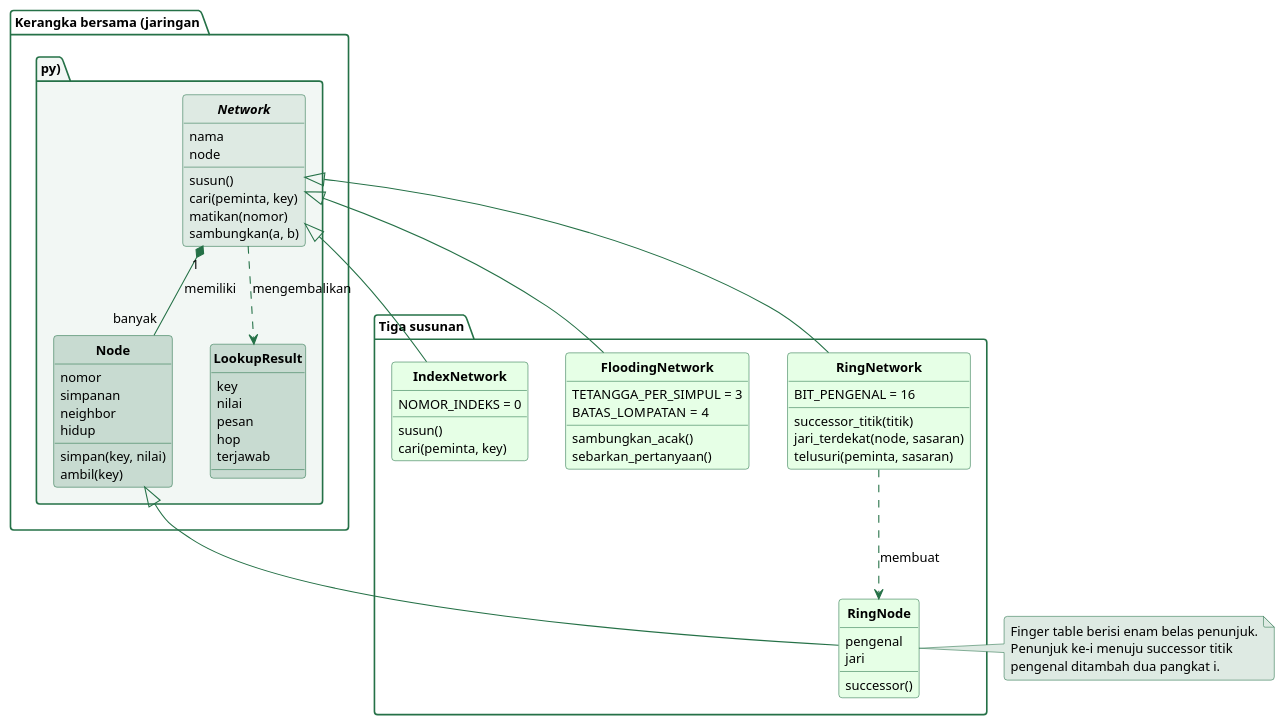
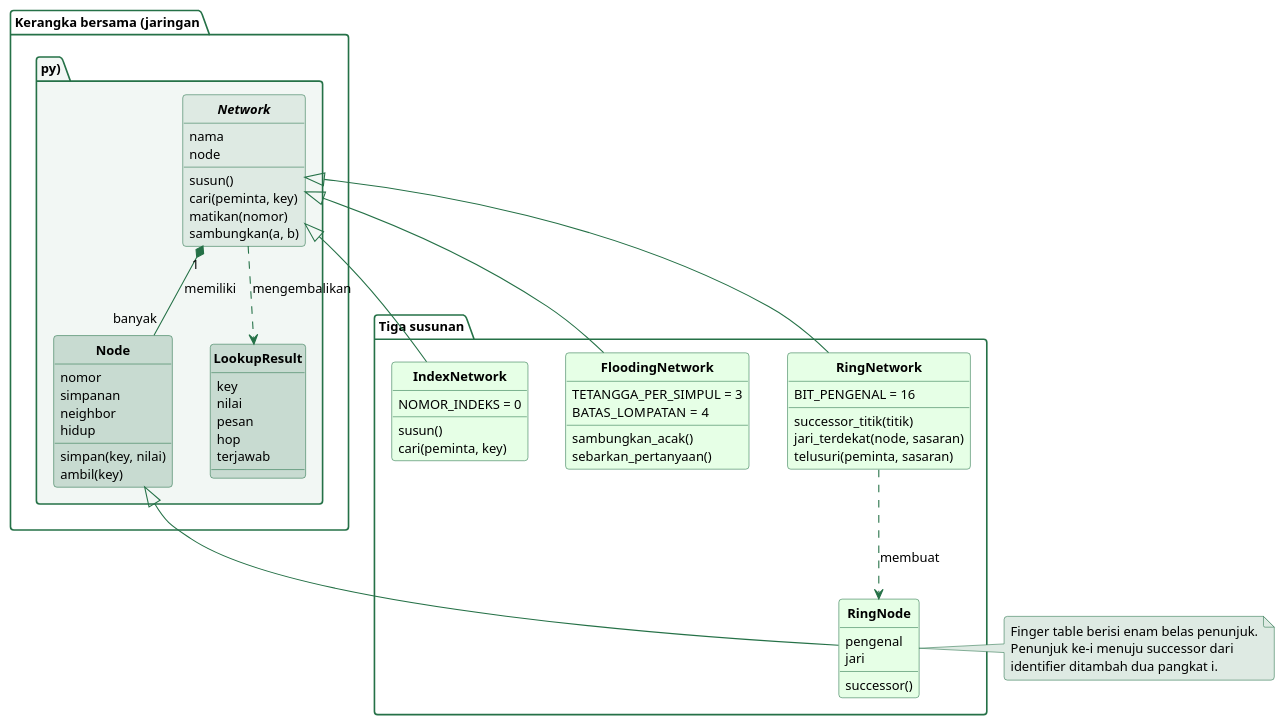
Before and after one commit to alfa-yohannis/software-architecture: the diagram in sources/chapter07/diagram/kelas-p2p.puml, drawn with PlantUML. The commit also changed other lines of this file and 18 other files, not shown here.

```diff
--- a/sources/chapter07/diagram/kelas-p2p.puml
+++ b/sources/chapter07/diagram/kelas-p2p.puml
@@ -12,100 +12,100 @@
 @startuml
 skinparam backgroundColor transparent
 skinparam defaultFontName Titillium Web
 skinparam defaultFontSize 13
 skinparam shadowing false
 skinparam roundCorner 6
 skinparam classAttributeIconSize 0
 skinparam classFontStyle bold
 skinparam ArrowColor #257147
 skinparam ArrowFontSize 12
 skinparam class {
   BorderColor #257147
   BackgroundColor #EBEBFF
   FontColor black
   AttributeFontSize 12
   StereotypeFontSize 11
 }
 skinparam package {
   BorderColor #257147
   BackgroundColor transparent
   FontColor black
   FontSize 12
 }
 skinparam note {
   BackgroundColor #DEEAE3
   BorderColor #257147
   FontSize 12
 }
 hide circle
 
 package "Kerangka bersama (jaringan.py)" #F2F7F4 {
   abstract class Network #DEEAE3 {
     nama
     node
     susun()
     cari(peminta, key)
     matikan(nomor)
     sambungkan(a, b)
   }
 
   class Node #C8DBD1 {
     nomor
     simpanan
     neighbor
     hidup
     simpan(key, nilai)
     ambil(key)
   }
 
   class LookupResult #C8DBD1 {
     key
     nilai
     pesan
     hop
     terjawab
   }
 }
 
 package "Tiga susunan" {
   class IndexNetwork #E6FFE6 {
     NOMOR_INDEKS = 0
     susun()
     cari(peminta, key)
   }
 
   class FloodingNetwork #E6FFE6 {
     TETANGGA_PER_SIMPUL = 3
     BATAS_LOMPATAN = 4
     sambungkan_acak()
     sebarkan_pertanyaan()
   }
 
   class RingNetwork #E6FFE6 {
     BIT_PENGENAL = 16
     successor_titik(titik)
     jari_terdekat(node, sasaran)
     telusuri(peminta, sasaran)
   }
 
   class RingNode #E6FFE6 {
     pengenal
     jari
     successor()
   }
 }
 
 Network "1" *-- "banyak" Node : memiliki
 Network ..> LookupResult : mengembalikan
 Node <|-- RingNode
 Network <|-- IndexNetwork
 Network <|-- FloodingNetwork
 Network <|-- RingNetwork
 RingNetwork ..> RingNode : membuat
 
 note right of RingNode
   Finger table berisi enam belas penunjuk.
-  Penunjuk ke-i menuju successor titik
-  pengenal ditambah dua pangkat i.
+  Penunjuk ke-i menuju successor dari
+  identifier ditambah dua pangkat i.
 end note
 @enduml
```
